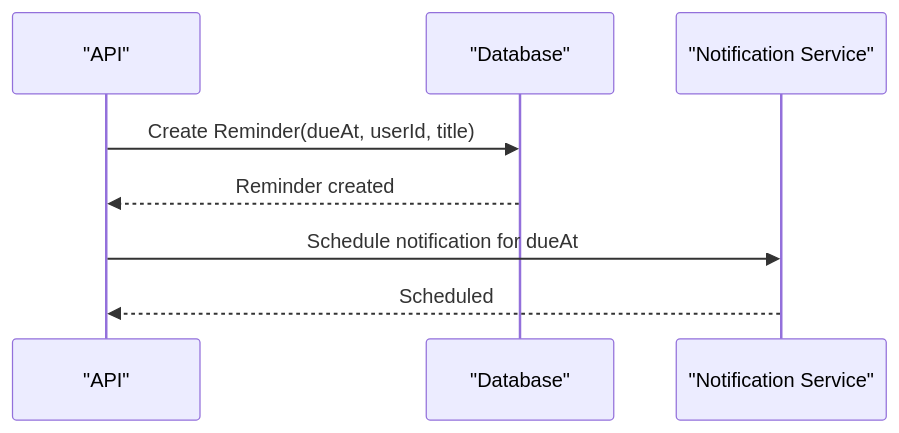
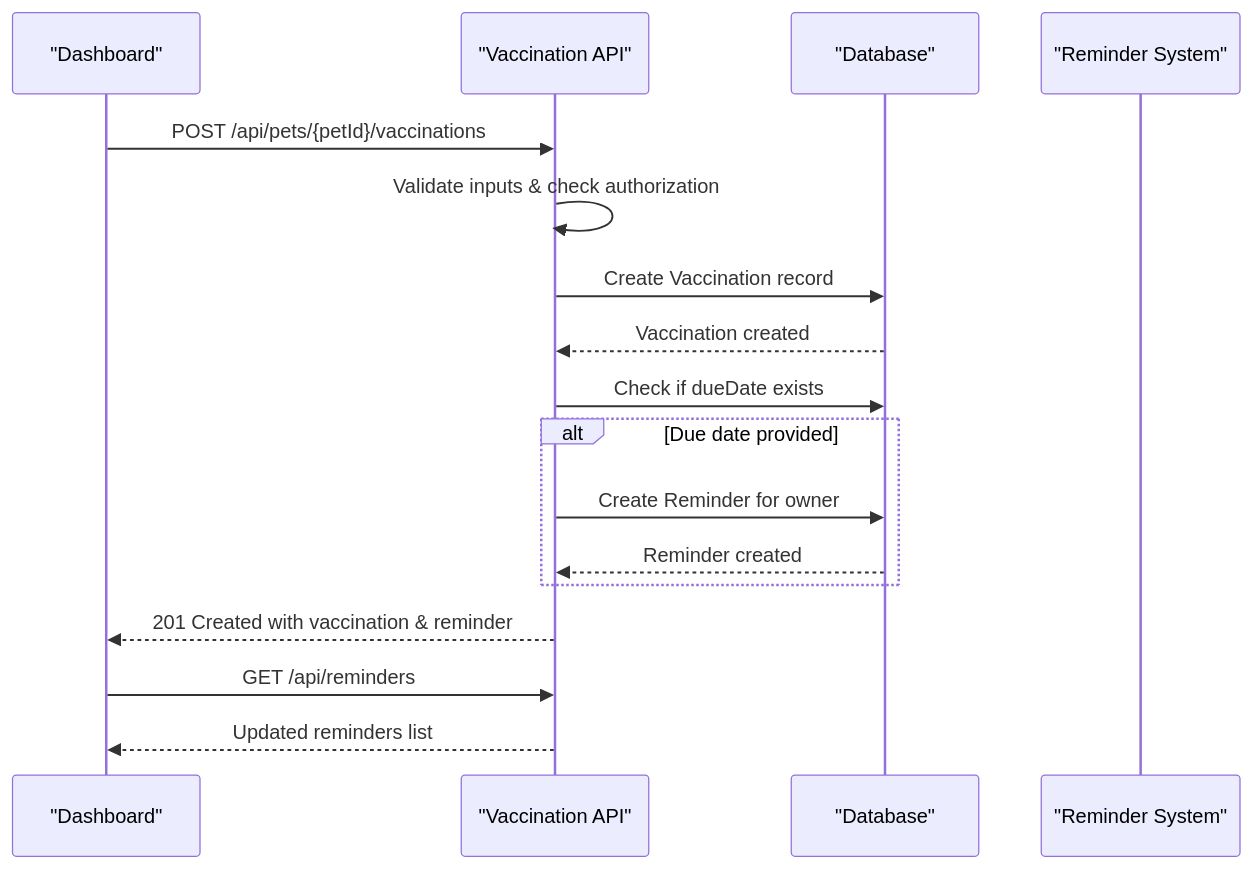
One commit to Javeria-Javaid/ai-powered-pet-healthcare-ecosystem changed the fifth of 7 diagrams in .qoder/repowiki/en/content/Pet Health Management/Vaccination Tracking.md. Above: the diagram before and after it, drawn with Mermaid. The commit also changed other lines of this file and 45 other files, not shown here.

````diff
--- a/.qoder/repowiki/en/content/Pet Health Management/Vaccination Tracking.md
+++ b/.qoder/repowiki/en/content/Pet Health Management/Vaccination Tracking.md
@@ -205,10 +347,19 @@
 ```mermaid
 sequenceDiagram
-participant API as "API"
+participant Client as "Dashboard"
+participant API as "Vaccination API"
 participant DB as "Database"
-participant Notif as "Notification Service"
-API->>DB : Create Reminder(dueAt, userId, title)
+participant Remind as "Reminder System"
+Client->>API : POST /api/pets/{petId}/vaccinations
+API->>API : Validate inputs & check authorization
+API->>DB : Create Vaccination record
+DB-->>API : Vaccination created
+API->>DB : Check if dueDate exists
+alt Due date provided
+API->>DB : Create Reminder for owner
 DB-->>API : Reminder created
-API->>Notif : Schedule notification for dueAt
-Notif-->>API : Scheduled
+end
+API-->>Client : 201 Created with vaccination & reminder
+Client->>API : GET /api/reminders
+API-->>Client : Updated reminders list
 ```
````
